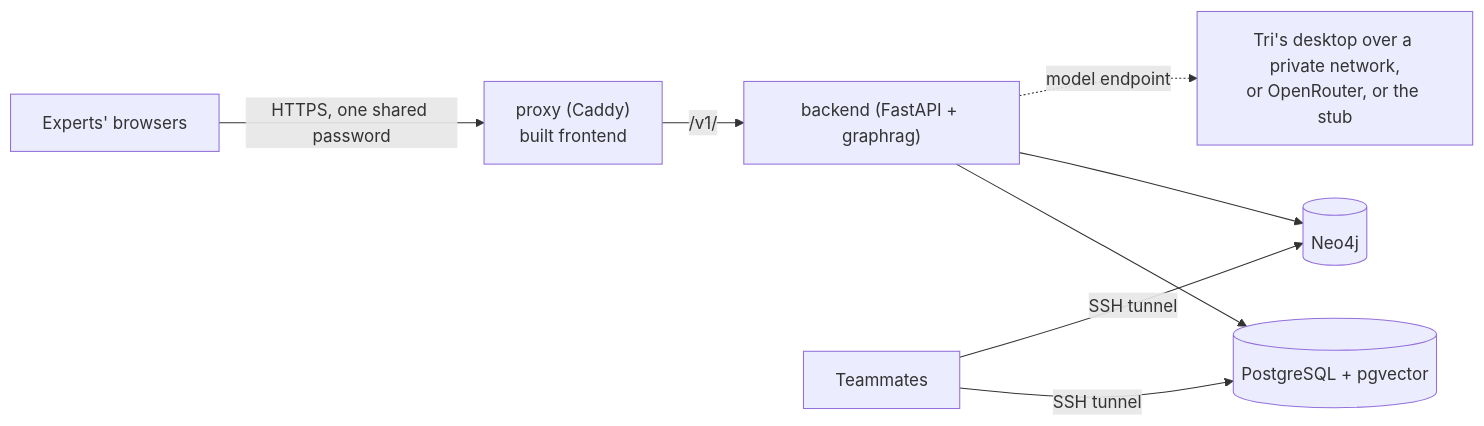
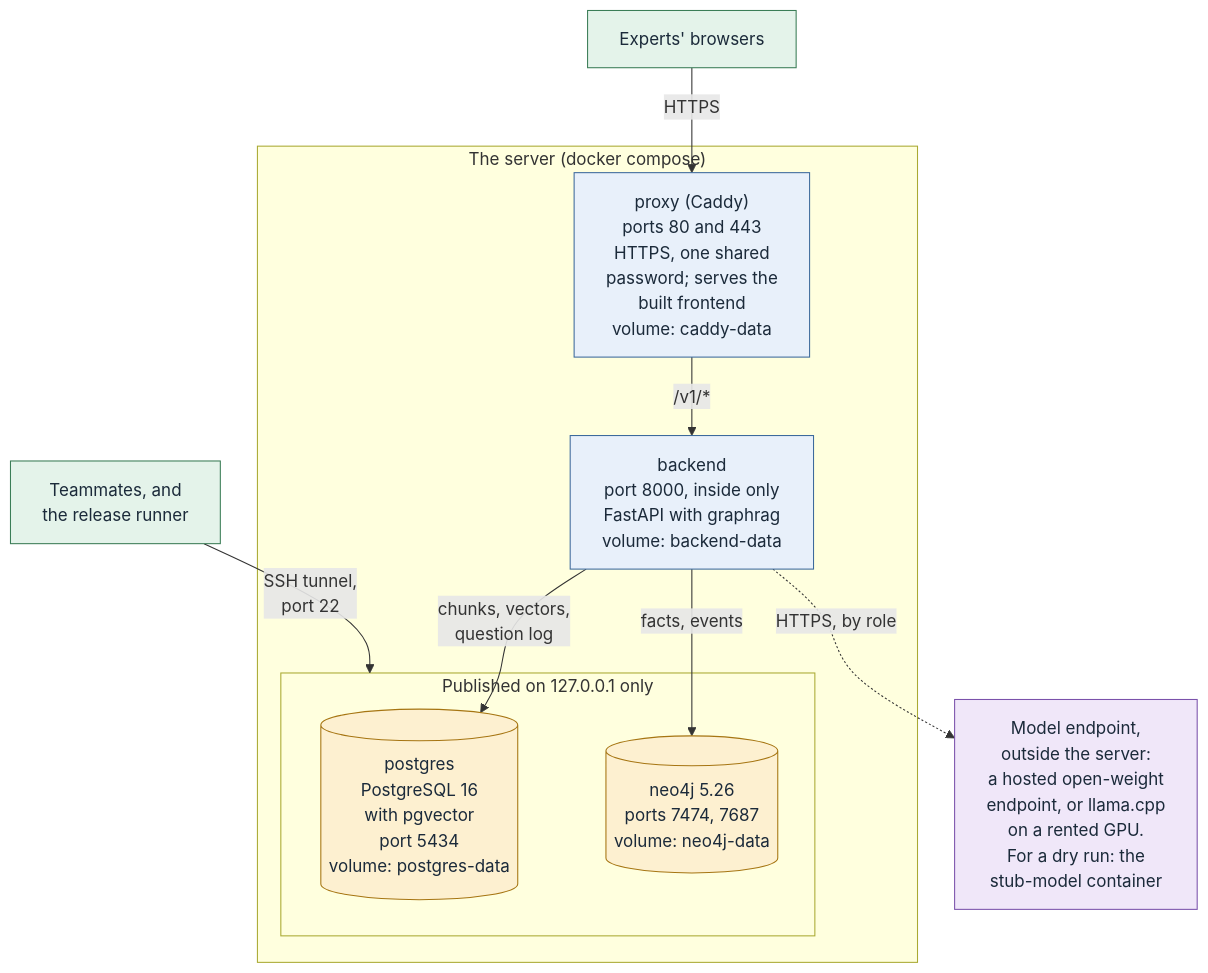
Before and after one commit to thaitri2005/Secure-O-G-LLM-and-Knowledge-Graph: the diagram in deploy/README.md, drawn with Mermaid. The commit also changed other lines of this file and 47 other files, not shown here.

````diff
--- a/deploy/README.md
+++ b/deploy/README.md
@@ -11,10 +16,25 @@
 ```mermaid
-flowchart LR
-    U["Experts' browsers"] -->|"HTTPS, one shared password"| P["proxy (Caddy)<br/>built frontend"]
-    P -->|"/v1/"| B["backend (FastAPI + graphrag)"]
-    B --> PG[("PostgreSQL + pgvector")]
-    B --> N[("Neo4j")]
-    B -.->|"model endpoint"| M["Tri's desktop over a private network,<br/>or OpenRouter, or the stub"]
-    T["Teammates"] -->|"SSH tunnel"| PG
-    T -->|"SSH tunnel"| N
+flowchart TB
+    U["Experts' browsers"]:::ui
+    T["Teammates, and<br/>the release runner"]:::ui
+    subgraph SRV["The server (docker compose)"]
+        P["proxy (Caddy)<br/>ports 80 and 443<br/>HTTPS, one shared<br/>password; serves the<br/>built frontend<br/>volume: caddy-data"]:::svc
+        B["backend<br/>port 8000, inside only<br/>FastAPI with graphrag<br/>volume: backend-data"]:::svc
+        subgraph LOCAL["Published on 127.0.0.1 only"]
+            PG[("postgres<br/>PostgreSQL 16<br/>with pgvector<br/>port 5434<br/>volume: postgres-data")]:::store
+            N[("neo4j 5.26<br/>ports 7474, 7687<br/>volume: neo4j-data")]:::store
+        end
+    end
+    M["Model endpoint,<br/>outside the server:<br/>a hosted open-weight<br/>endpoint, or llama.cpp<br/>on a rented GPU.<br/>For a dry run: the<br/>stub-model container"]:::model
+    U -->|"HTTPS"| P
+    P -->|"/v1/*"| B
+    B -->|"chunks, vectors,<br/>question log"| PG
+    B -->|"facts, events"| N
+    B -.->|"HTTPS, by role"| M
+    T -->|"SSH tunnel,<br/>port 22"| LOCAL
+    classDef ui fill:#e4f3ea,stroke:#3b7d57,color:#1b2a3a
+    classDef svc fill:#e8f0fa,stroke:#3d6a9c,color:#1b2a3a
+    classDef store fill:#fdf0d0,stroke:#a67512,color:#1b2a3a
+    classDef model fill:#f0e7f9,stroke:#7b52ab,color:#1b2a3a
+    classDef ext fill:#f3f4f6,stroke:#6b7280,color:#1b2a3a,stroke-dasharray:5 4
 ```
````
